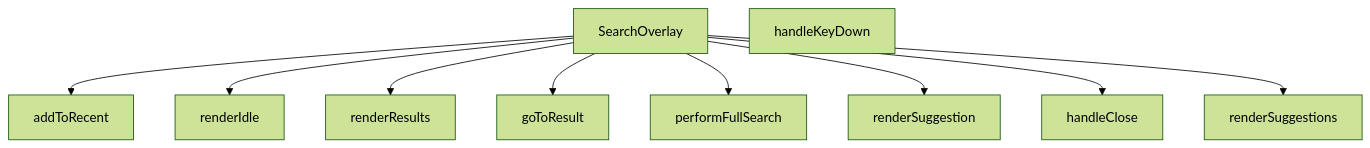
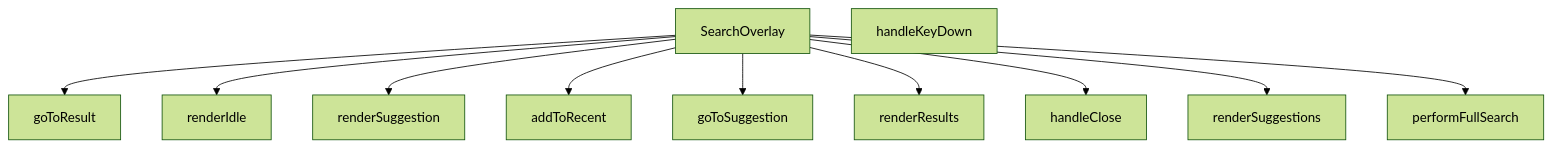
Before and after one commit to peckop/venthub-hvac-esite: the diagram in src/components/SearchOverlay.md, drawn with Mermaid (forest theme). The commit also changed other lines of this file, not shown here.

First line of the commit message:
docs(companion): SearchOverlay companion'i tazelendi — #832 kaynagi degistirdi, ikiz eskisini anlatiyordu (URUN · REC-79)

````diff
--- a/src/components/SearchOverlay.md
+++ b/src/components/SearchOverlay.md
@@ -320,21 +269,23 @@
 ```mermaid
 graph TD
     SearchOverlay_tsx__SearchOverlay["SearchOverlay"]
     SearchOverlay_tsx__addToRecent["addToRecent"]
     SearchOverlay_tsx__goToResult["goToResult"]
+    SearchOverlay_tsx__goToSuggestion["goToSuggestion"]
     SearchOverlay_tsx__handleClose["handleClose"]
     SearchOverlay_tsx__handleKeyDown["handleKeyDown"]
     SearchOverlay_tsx__performFullSearch["performFullSearch"]
     SearchOverlay_tsx__renderIdle["renderIdle"]
     SearchOverlay_tsx__renderResults["renderResults"]
     SearchOverlay_tsx__renderSuggestion["renderSuggestion"]
     SearchOverlay_tsx__renderSuggestions["renderSuggestions"]
+    SearchOverlay_tsx__SearchOverlay --> SearchOverlay_tsx__goToResult
+    SearchOverlay_tsx__SearchOverlay --> SearchOverlay_tsx__renderIdle
+    SearchOverlay_tsx__SearchOverlay --> SearchOverlay_tsx__renderSuggestion
     SearchOverlay_tsx__SearchOverlay --> SearchOverlay_tsx__addToRecent
-    SearchOverlay_tsx__SearchOverlay --> SearchOverlay_tsx__renderIdle
+    SearchOverlay_tsx__SearchOverlay --> SearchOverlay_tsx__goToSuggestion
     SearchOverlay_tsx__SearchOverlay --> SearchOverlay_tsx__renderResults
-    SearchOverlay_tsx__SearchOverlay --> SearchOverlay_tsx__goToResult
-    SearchOverlay_tsx__SearchOverlay --> SearchOverlay_tsx__performFullSearch
-    SearchOverlay_tsx__SearchOverlay --> SearchOverlay_tsx__renderSuggestion
     SearchOverlay_tsx__SearchOverlay --> SearchOverlay_tsx__handleClose
     SearchOverlay_tsx__SearchOverlay --> SearchOverlay_tsx__renderSuggestions
+    SearchOverlay_tsx__SearchOverlay --> SearchOverlay_tsx__performFullSearch
 ```
````
